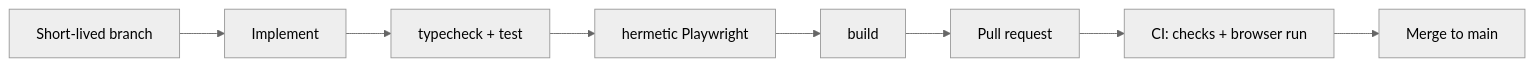
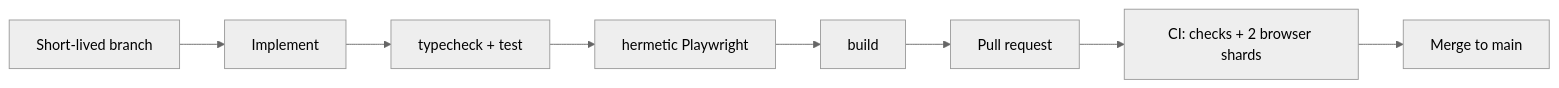
One commit to nhphuong2504/shuttle-scheduler changed the diagram in AGENTS.md. Above: the diagram before and after it, drawn with Mermaid (neutral theme). The commit also changed other lines of this file and 1 other file, not shown here.

First line of the commit message:
Shard the browser job across two runners, from measurement

````diff
--- a/AGENTS.md
+++ b/AGENTS.md
@@ -70,10 +70,10 @@
 ```mermaid
 flowchart LR
   branch["Short-lived branch"] --> dev[Implement]
   dev --> gate1["typecheck + test"]
   gate1 --> gate2["hermetic Playwright"]
   gate2 --> final["build"]
   final --> pr["Pull request"]
-  pr --> ci["CI: checks + browser run"]
+  pr --> ci["CI: checks + 2 browser shards"]
   ci --> merge["Merge to main"]
 ```
````
